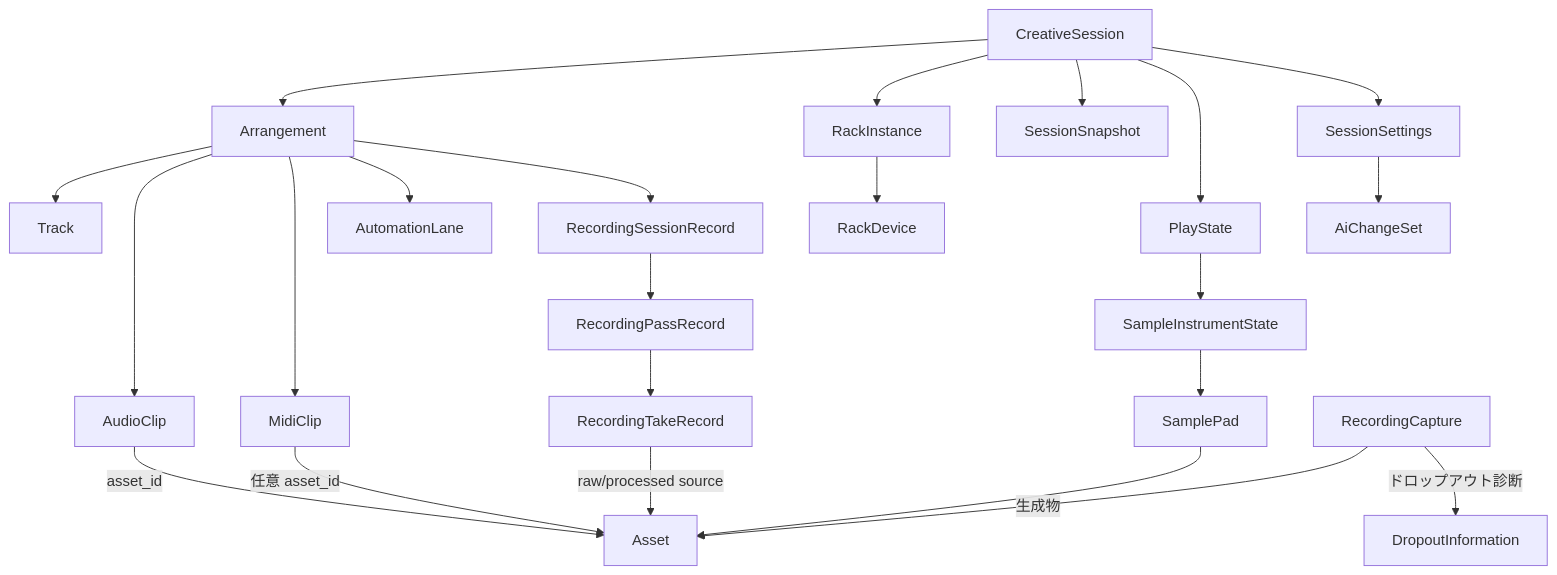
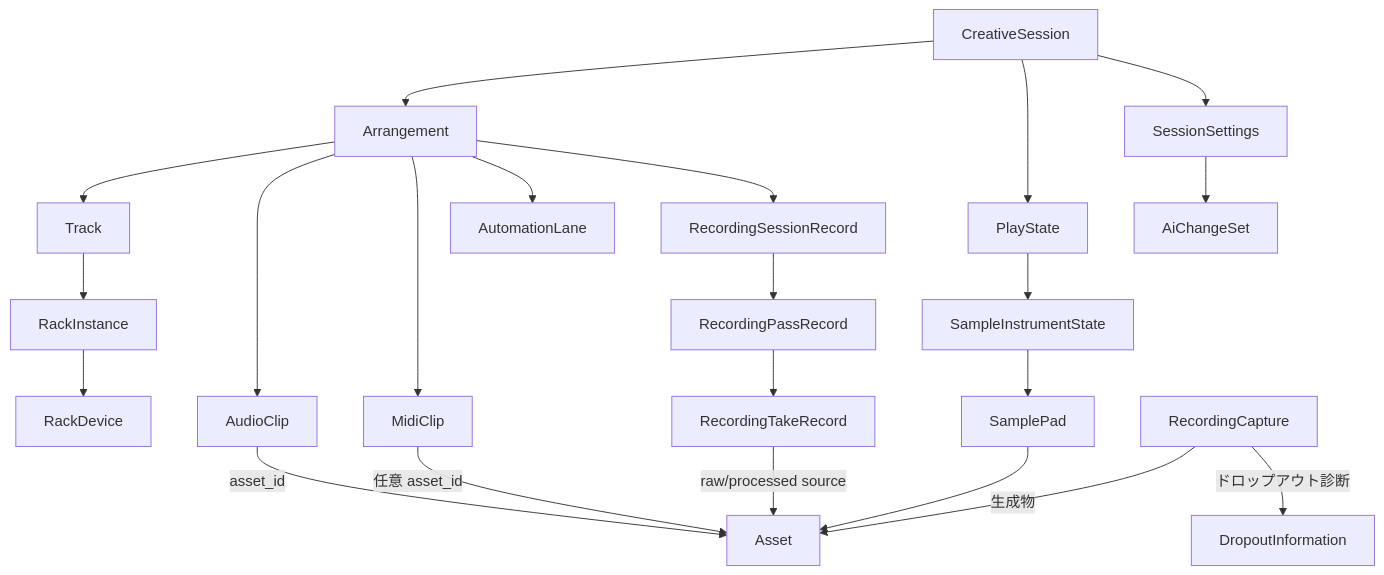
Before and after one commit to endo-ly/riffra: the diagram in docs/data-model.md, drawn with Mermaid. The commit also changed other lines of this file and 54 other files, not shown here.

````diff
--- a/docs/data-model.md
+++ b/docs/data-model.md
@@ -141,25 +140,24 @@
 ```mermaid
 flowchart TD
     CS[CreativeSession] --> AR[Arrangement]
     AR --> TR[Track]
     AR --> AC[AudioClip]
     AR --> MC[MidiClip]
     AR --> AU[AutomationLane]
     AR --> RS[RecordingSessionRecord]
     RS --> RP[RecordingPassRecord]
     RP --> RT[RecordingTakeRecord]
     RT -->|raw/processed source| AS[Asset]
     AC -->|asset_id| AS
     MC -->|任意 asset_id| AS
-    CS --> RI[RackInstance]
+    TR --> RI[RackInstance]
     RI --> RD[RackDevice]
-    CS --> SS[SessionSnapshot]
     CS --> PS[PlayState]
     PS --> SI[SampleInstrumentState]
     SI --> SP[SamplePad]
     SP --> AS
     CS --> SE[SessionSettings]
     SE --> AI[AiChangeSet]
     RC[RecordingCapture] -->|生成物| AS
     RC -->|ドロップアウト診断| DI[DropoutInformation]
 ```
````
